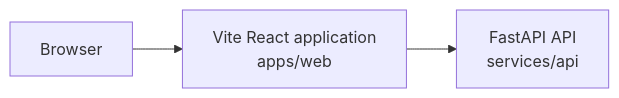
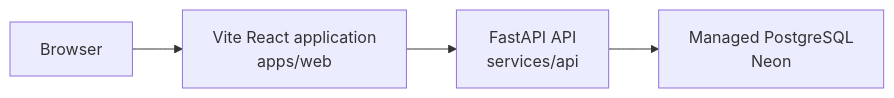
Before and after one commit to banalasaisathwik/promptql: the diagram in docs/ARCHITECTURE.md, drawn with Mermaid. The commit also changed other lines of this file and 33 other files, not shown here.

Commit message:
feat(runtime): add durable PostgreSQL persistence

````diff
--- a/docs/ARCHITECTURE.md
+++ b/docs/ARCHITECTURE.md
@@ -5,5 +5,6 @@
 ```mermaid
 flowchart LR
     Browser --> Web["Vite React application<br/>apps/web"]
     Web --> API["FastAPI API<br/>services/api"]
+    API --> PostgreSQL["Managed PostgreSQL<br/>Neon"]
 ```
````
